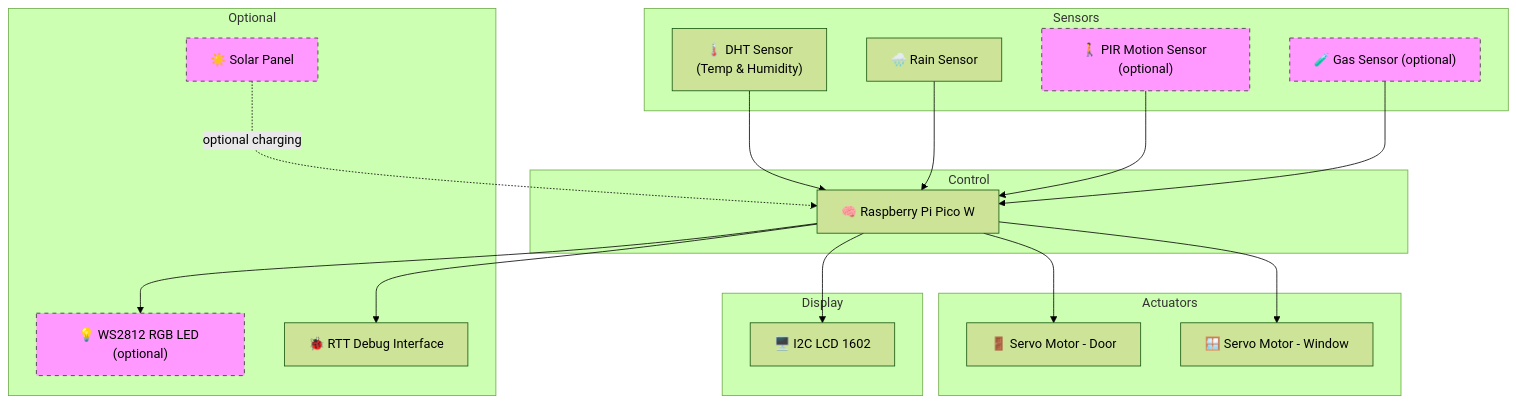
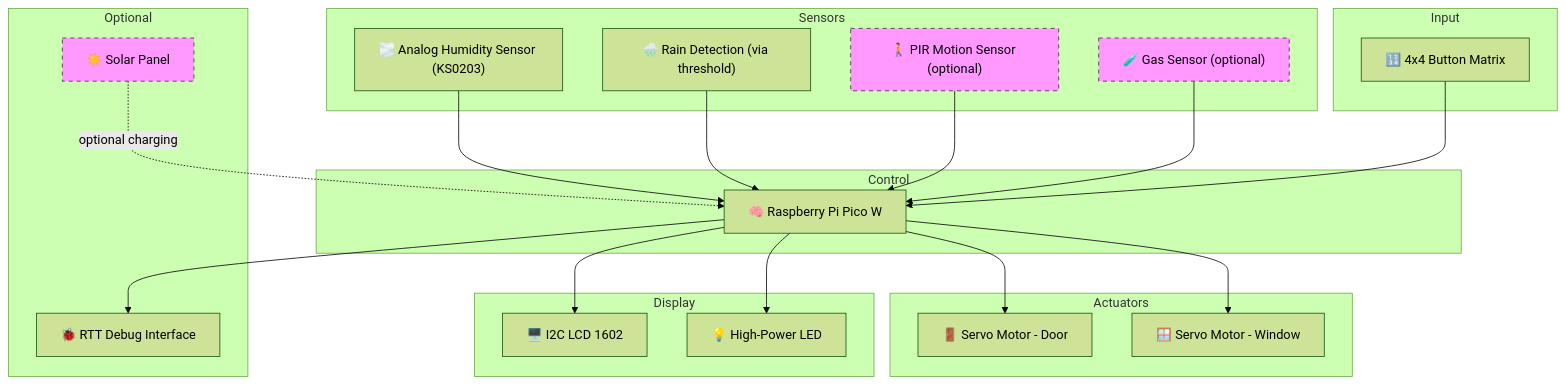
Before and after one commit to UPB-PMRust/website: the diagram in website/versioned_docs/version-acs_cc/project/2025/ioana.iordache0506/index.md, drawn with Mermaid (forest theme). The commit also changed other lines of this file, not shown here.

````diff
--- a/website/versioned_docs/version-acs_cc/project/2025/ioana.iordache0506/index.md
+++ b/website/versioned_docs/version-acs_cc/project/2025/ioana.iordache0506/index.md
@@ -30,43 +34,48 @@
 ```mermaid
 graph TD
   subgraph Sensors
-    DHT["🌡️ DHT Sensor\n(Temp & Humidity)"]
-    Rain["🌧️ Rain Sensor"]
+    Humidity["🌫️ Analog Humidity Sensor (KS0203)"]
+    Rain["🌧️ Rain Detection (via threshold)"]
     PIR["🚶 PIR Motion Sensor (optional)"]
     Gas["🧪 Gas Sensor (optional)"]
   end
 
   subgraph Actuators
     ServoDoor["🚪 Servo Motor - Door"]
     ServoWindow["🪟 Servo Motor - Window"]
   end
 
   subgraph Display
     LCD["🖥️ I2C LCD 1602"]
+    LED["💡 High-Power LED"]
+  end
+
+  subgraph Input
+    Keypad["🔢 4x4 Button Matrix"]
   end
 
   subgraph Control
     Pico["🧠 Raspberry Pi Pico W"]
   end
 
   subgraph Optional
-    WS2812["💡 WS2812 RGB LED (optional)"]
     Solar["☀️ Solar Panel"]
     Debug["🐞 RTT Debug Interface"]
   end
 
   %% Connections
-  DHT --> Pico
+  Humidity --> Pico
   Rain --> Pico
   PIR --> Pico
   Gas --> Pico
+  Keypad --> Pico
   Pico --> LCD
+  Pico --> LED
   Pico --> ServoDoor
   Pico --> ServoWindow
-  Pico --> WS2812
   Pico --> Debug
   Solar -. optional charging .-> Pico
 
   classDef optional fill:#f9f,stroke:#333,stroke-dasharray: 5 5;
-  class Solar,Gas,PIR,WS2812 optional
+  class Solar,Gas,PIR optional
   ```
````
